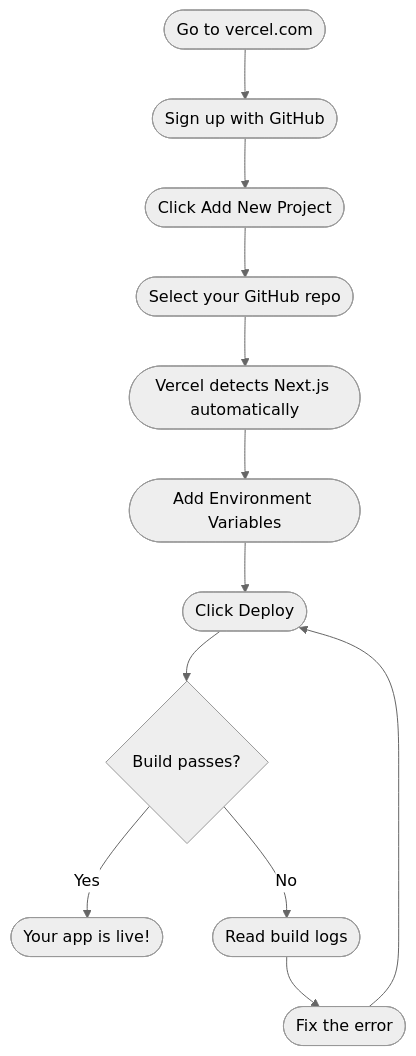
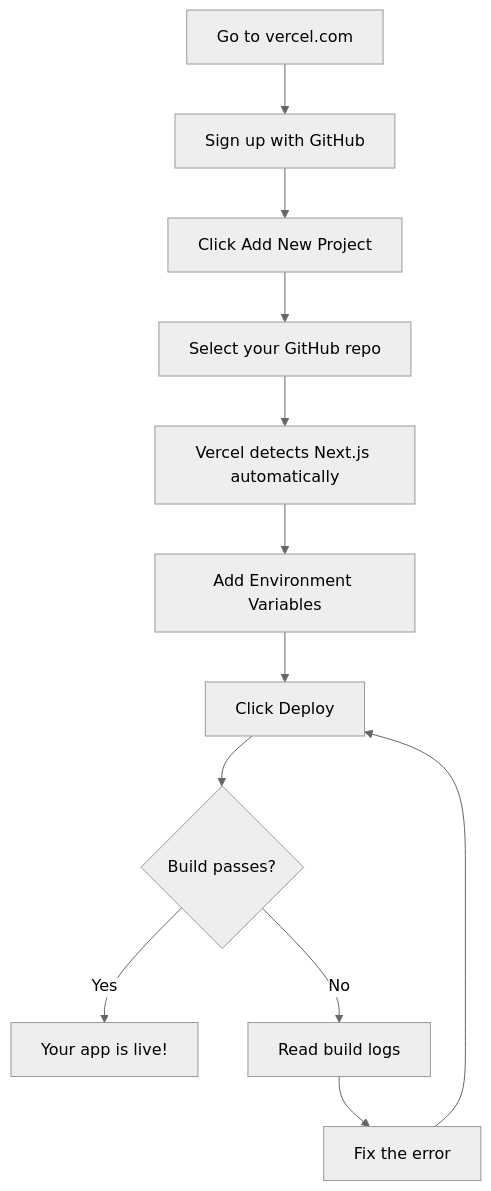
The fourth of 8 diagrams in learning/06-vercel.md (wongjinar-ai/expample), drawn with Mermaid (neutral theme) before and after one commit. The commit also changed 5 other files, not shown here.

````diff
--- a/learning/06-vercel.md
+++ b/learning/06-vercel.md
@@ -86,14 +86,14 @@
 ```mermaid
 flowchart TD
-    A([Go to vercel.com]) --> B([Sign up with GitHub])
-    B --> C([Click Add New Project])
-    C --> D([Select your GitHub repo])
-    D --> E([Vercel detects Next.js automatically])
-    E --> F([Add Environment Variables])
-    F --> G([Click Deploy])
+    A[Go to vercel.com] --> B[Sign up with GitHub]
+    B --> C[Click Add New Project]
+    C --> D[Select your GitHub repo]
+    D --> E[Vercel detects Next.js automatically]
+    E --> F[Add Environment Variables]
+    F --> G[Click Deploy]
     G --> H{Build passes?}
-    H -->|Yes| I([Your app is live!])
-    H -->|No| J([Read build logs])
-    J --> K([Fix the error])
+    H -->|Yes| I[Your app is live!]
+    H -->|No| J[Read build logs]
+    J --> K[Fix the error]
     K --> G
 ```
````
